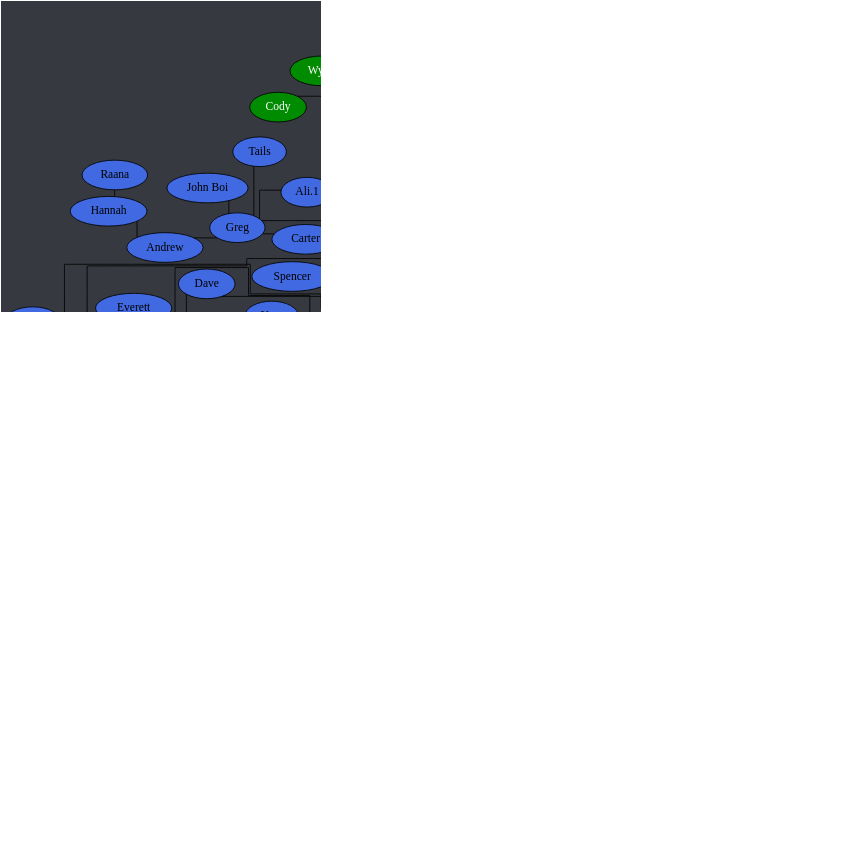
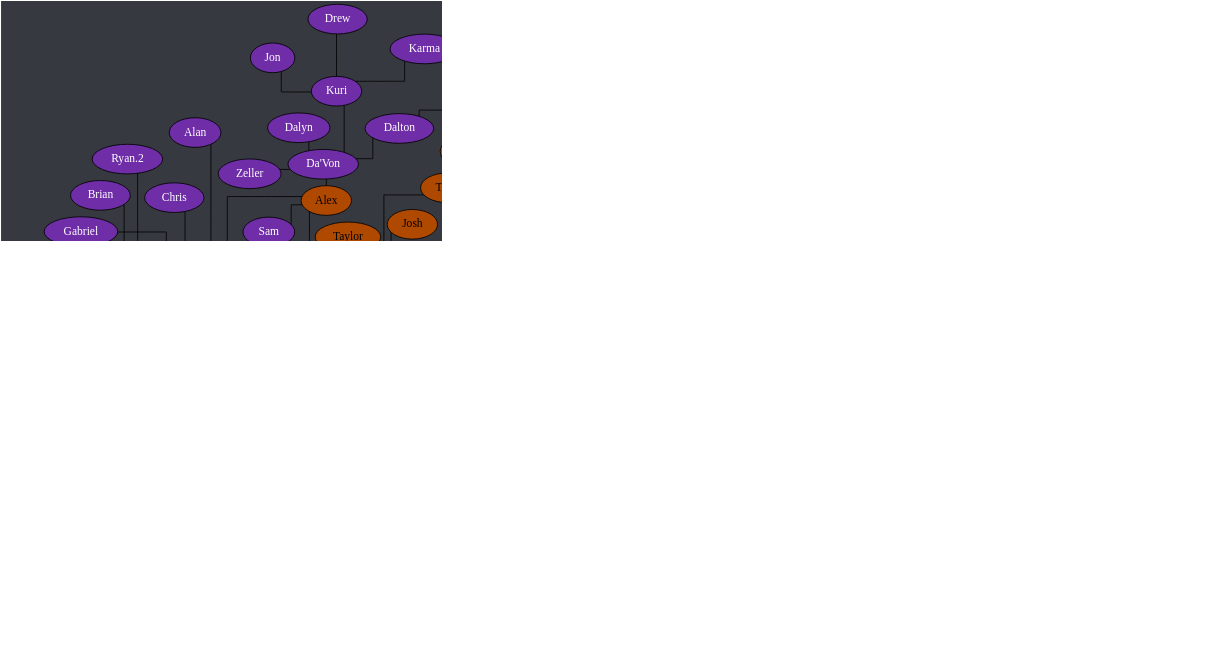
One commit to Documidas/CoronaCatzFamilyTree changed the diagram in tree.dot. Above: the diagram before and after it, drawn with Graphviz. The commit also changed 1 other file, not shown here.

Commit message:
Rename Zellar to Zeller

```diff
--- a/tree.dot
+++ b/tree.dot
@@ -1,170 +1,170 @@
 strict graph {
 	// Layout Configuration
 	layout = neato;
 	dpi = 200;
 	epsilon = 0.01;
 	mode = major;
 	model = subset;
 	overlap = false;
 	splines = ortho;
 	start = rand;
 
 	// Visual Configuration
 	graph [ truecolor=true bgcolor="#36393f" ];
 	node [ style=filled fillcolor="gray" fontcolor="black" ];
 
 	subgraph "Joel" {
 		node [ style=filled fillcolor="firebrick4" fontcolor="white" ];
 		Joel [ style=filled fillcolor="gold" fontcolor="black" ];
 
 		Cayla -- "Ali.2";
 		Cayla -- Jonathan;
 		Cayla -- Kate;
 		Cayla -- Ranger;
 		Joel -- Anders;
 		Joel -- Cayla;
 		Joel -- Conner;
 		Joel -- Jared;
 		Joel -- Kat;
 		Joel -- Patrick;
 		Joel -- Steven;
 		Joel -- Zach;
 	}
 
 	subgraph "Anders" {
 		node [ style=filled fillcolor="green4" fontcolor="white" ];
 		// Anders [ style=filled fillcolor="green4" fontcolor="white" ];
 
 		Anders -- Chiara;
 		Anders -- Cody;
 		Anders -- Daniel;
 		Anders -- "Derek/Yaupon";
 		Anders -- DJ;
 		Anders -- Hahnur;
 		Anders -- Jen;
 		Anders -- Matt;
 		Anders -- Solis;
 		Anders -- Will;
 		Anders -- Wyatt;
 	}
 
 	subgraph "Jared" {
 		node [ style=filled fillcolor="royalblue" fontcolor="black" ];
 		// Jared [ style=filled fillcolor="royalblue" fontcolor="black" ];
 
 		Andrew -- Hannah;
 		Dave -- Everett;
 		Donnie -- Bryan;
 		Donnie -- Troy;
 		Greg -- "Ali.1";
 		Greg -- Andrew;
 		Greg -- Carter;
 		Greg -- "John Boi";
 		Greg -- Tails;
 		Hannah -- Raana;
 		Jared -- Brandi;
 		Jared -- Dave;
 		Jared -- Donnie;
 		Jared -- Fabi;
 		Jared -- "Jack.2";
 		Jared -- Cole;
 		Jared -- Kamon;
 		Jared -- Greg;
 		Jared -- Isabelle;
 		Jared -- Mason;
 		Jared -- Mehmet;
 		Jared -- Nam;
 		Jared -- Shannon;
 		Jared -- Spencer;
 		Jared -- Tyler;
 		Jared -- "Zach/Laniakea";
 		Jared -- "Zöe";
 		Troy -- Drake;
 		Tyler -- Gaby;
 		"Zöe" -- Jasper;
 	}
 
 	subgraph "Zach/Laniakea" {
 		node [ style=filled fillcolor="#4eff2c" fontcolor="black" ];
 		// "Zach/Laniakea" [ style=filled fillcolor="#4eff2c" fontcolor="black" ];
 
 		"Caio.2" -- "Kyle.1";
 		"Caio.2" -- Lucas;
 		"Zach/Laniakea" -- Allen;
 		"Zach/Laniakea" -- "Caio.2";
 		"Zach/Laniakea" -- Colin;
 		"Zach/Laniakea" -- John;
 		"Zach/Laniakea" -- Logan;
 		"Zach/Laniakea" -- Kevin;
 		"Zach/Laniakea" -- "Kyle.0";
 		"Zach/Laniakea" -- Mike;
 		"Zach/Laniakea" -- "Ryan.1";
 	}
 
 	subgraph "John" {
 		node [ style=filled fillcolor="#c89b3c" fontcolor="black" ];
 		// John [ style=filled fillcolor="#c89b3c" fontcolor="black" ];
 
 		Haber -- "Derek/Nomad";
 		John -- Anna;
 		John -- Emily;
 		John -- Haber;
 		John -- Jay;
 		John -- Jack;
 		John -- Lara;
 		John -- Monarch;
 		John -- "Oliger/Leanza";
 		John -- Thomas;
 	}
 
 	subgraph "John-stream" {
 		// node [ style=filled fillcolor="#9147ff" fontcolor="black" ];
 		node [ style=filled fillcolor="#c89b3c" fontcolor="black" ];
 
 		John -- "Michael/Wheezy";
 	}
 
 	subgraph "Thomas" {
 		node [ style=filled fillcolor="#b04900" fontcolor="black" ];
 		// Thomas [ style=filled fillcolor="#b04900" fontcolor="black" ];
 
 		Thomas -- Alex;
 		Thomas -- Bob;
 		Thomas -- JD;
 		Thomas -- Josh;
 		Thomas -- Juan;
 		Thomas -- Taylor;
 		Thomas -- Tony;
 		Thomas -- "Travis.1";
 		Thomas -- "Travis.2";
 		Tony -- GT;
 	}
 
 	subgraph "Alex" {
 		node [ style=filled fillcolor="#6f2da8" fontcolor="white" ];
 		// Alex [ style=filled fillcolor="#6f2da8" fontcolor="black" ];
 
 		Alex -- "Alex/Blitt";
 		Alex -- "Da'Von";
 		Alex -- Sam;
 		"Alex/Blitt" -- Alan;
 		"Alex/Blitt" -- "Alex the 3rd";
 		"Alex/Blitt" -- Brian;
 		"Alex/Blitt" -- Carlos;
 		"Alex/Blitt" -- Chris;
 		"Alex/Blitt" -- Frank;
 		"Alex/Blitt" -- Gabriel;
 		"Alex/Blitt" -- "Kyle.3";
 		"Alex/Blitt" -- Laske;
 		"Alex/Blitt" -- "Ryan.2";
 		"Alex/Blitt" -- "Sam.2";
 		"Da'Von" -- Dalton;
 		"Da'Von" -- Dalyn;
 		"Da'Von" -- Kuri;
-		"Da'Von" -- Zellar;
+		"Da'Von" -- Zeller;
 		Dalton -- Graysen;
 		Kuri -- Drew;
 		Kuri -- Jon;
 		Kuri -- Karma;
 	}
 }
```
